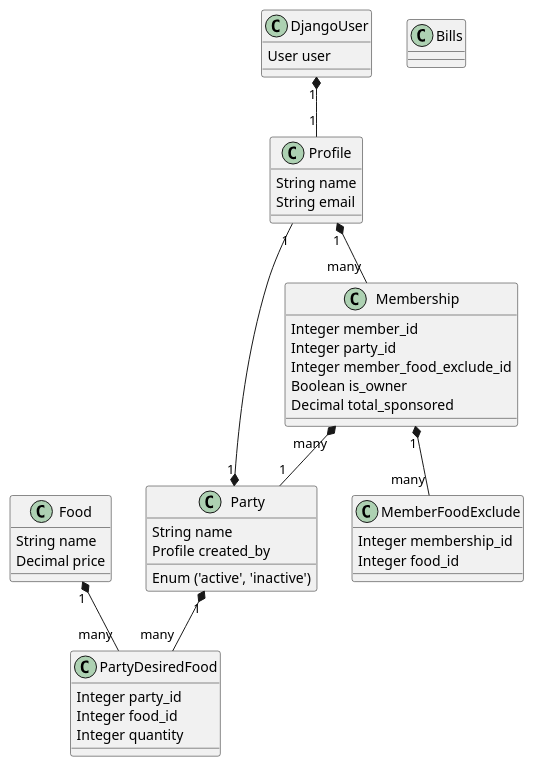
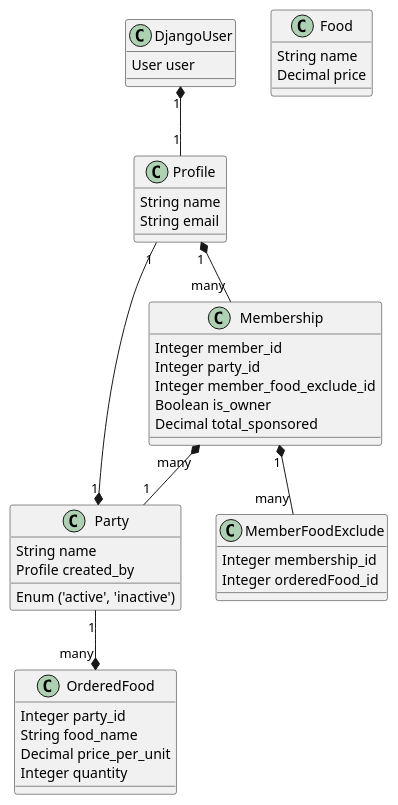
One commit to DDshka/PartyCalculator changed the diagram in umlcomposition.puml. Above: the diagram before and after it, drawn with PlantUML. The commit also changed 36 other files, not shown here.

```diff
--- a/umlcomposition.puml
+++ b/umlcomposition.puml
@@ -1,58 +1,50 @@
 @startuml
 class Profile {
   String name
   String email
 }
 
 class DjangoUser {
   User user
 }
 
 class Party {
   String name
   Enum ('active', 'inactive')
   Profile created_by
 }
 
 class Food {
   String name
   Decimal price
 }
 
 class Membership {
   Integer member_id
   Integer party_id
   Integer member_food_exclude_id
   Boolean is_owner
   Decimal total_sponsored
 }
 
 class MemberFoodExclude {
   Integer membership_id
-  Integer food_id
+  Integer orderedFood_id
 }
 
-class PartyDesiredFood {
+class OrderedFood {
   Integer party_id
-  Integer food_id
+  String food_name
+  Decimal price_per_unit
   Integer quantity
 }
 
-class Bills {
-
-}
 
 DjangoUser "1" *-- "1" Profile
 
 Profile "1" *-- "many" Membership
 Membership "1" *-- "many" MemberFoodExclude
 Membership "many" *-- "1" Party
-Party "1" *-- "many" PartyDesiredFood
+Party "1" --* "many" OrderedFood
 Party "1" *-- "1" Profile
-
-Food "1" *-- "many" PartyDesiredFood
-
-
-'Profile "1" *-- "many" Ownership
-'Ownership "1" *-- "many" Party
 @enduml
```
